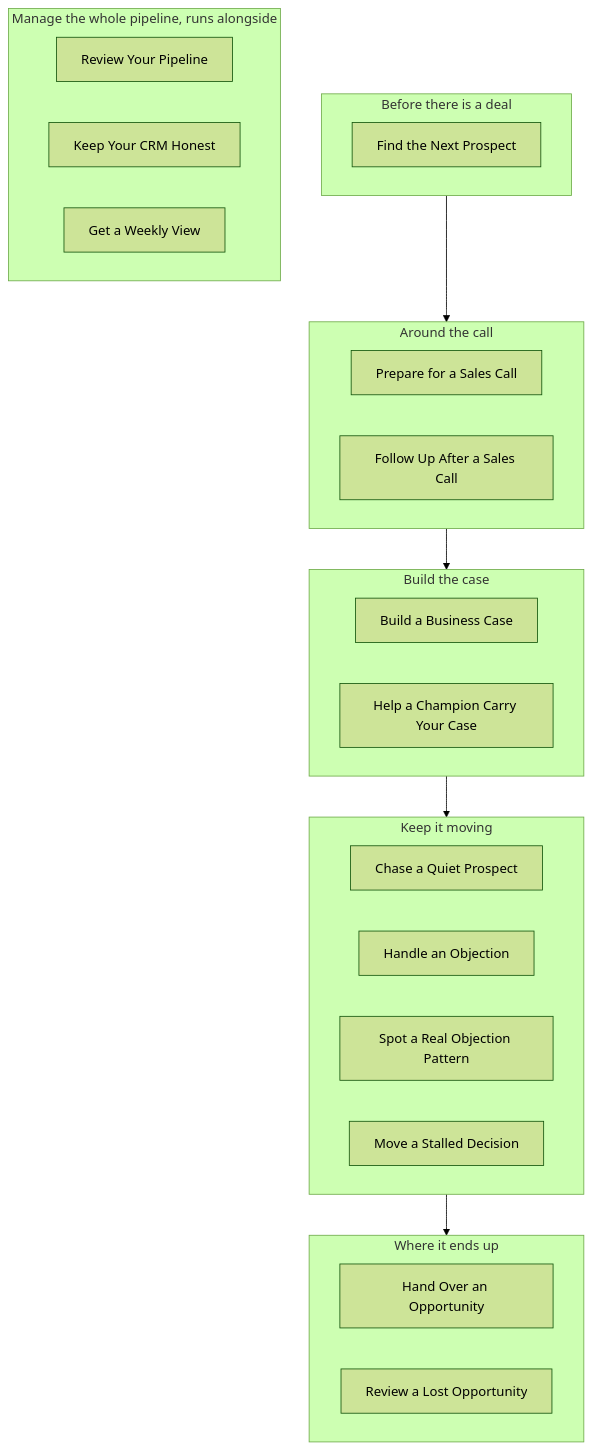
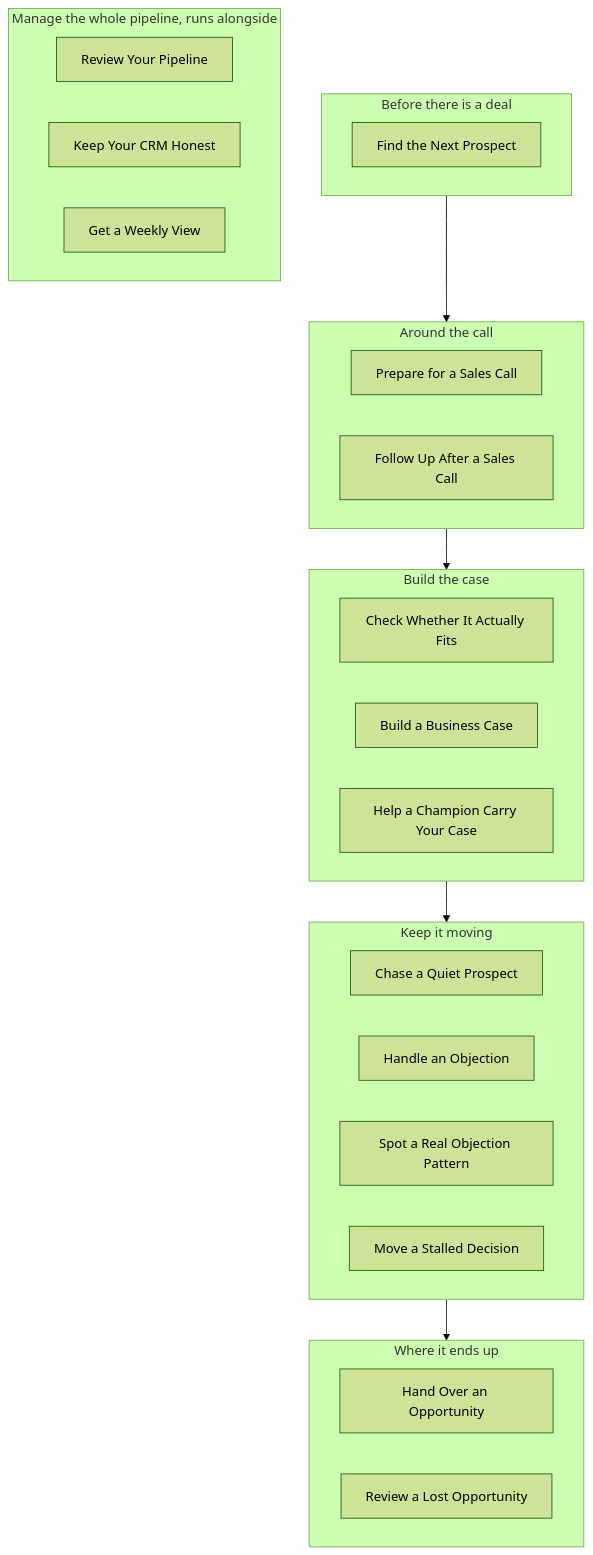
One commit to shaunmarsden/practical-ai-sales-workflows changed the first of 2 diagrams in README.md. Above: the diagram before and after it, drawn with Mermaid (forest theme). The commit also changed other lines of this file and 12 other files, not shown here.

````diff
--- a/README.md
+++ b/README.md
@@ -31,30 +31,31 @@
 ```mermaid
 flowchart TB
     subgraph S1["Before there is a deal"]
         A1["Find the Next Prospect"]
     end
     subgraph S2["Around the call"]
         A2["Prepare for a Sales Call"]
         A3["Follow Up After a Sales Call"]
     end
     subgraph S3["Build the case"]
+        A15["Check Whether It Actually Fits"]
         A4["Build a Business Case"]
         A5["Help a Champion Carry Your Case"]
     end
     subgraph S4["Keep it moving"]
         A6["Chase a Quiet Prospect"]
         A7["Handle an Objection"]
         A8["Spot a Real Objection Pattern"]
         A9["Move a Stalled Decision"]
     end
     subgraph S5["Where it ends up"]
         A10["Hand Over an Opportunity"]
         A11["Review a Lost Opportunity"]
     end
     subgraph S6["Manage the whole pipeline, runs alongside"]
         A12["Review Your Pipeline"]
         A13["Keep Your CRM Honest"]
         A14["Get a Weekly View"]
     end
     S1 --> S2 --> S3 --> S4 --> S5
 ```
````
